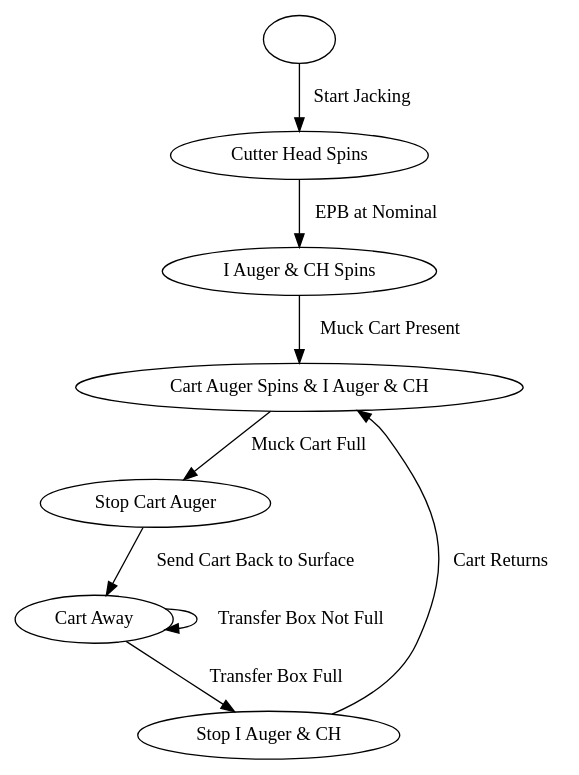
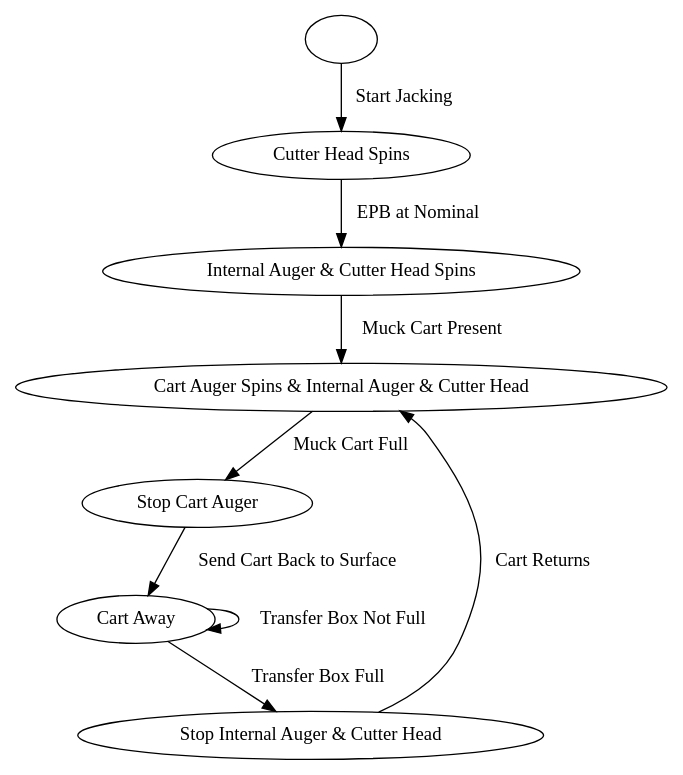
One commit to umdloop/state-machines changed the diagram in tbm_2/excavation/hl_excavation_ops.dot. Above: the diagram before and after it, drawn with Graphviz. The commit also changed other lines of this file, not shown here.

```diff
--- a/tbm_2/excavation/hl_excavation_ops.dot
+++ b/tbm_2/excavation/hl_excavation_ops.dot
@@ -1,17 +1,17 @@
 digraph "Excavation cutterhead-auger ops" {
 	" "
 	A [label="Cutter Head Spins"]
-	B [label="I Auger & CH Spins"]
-	C [label="Cart Auger Spins & I Auger & CH"]
+	B [label="Internal Auger & Cutter Head Spins"]
+	C [label="Cart Auger Spins & Internal Auger & Cutter Head"]
 	D [label="Stop Cart Auger"]
 	E [label="Cart Away"]
-	F [label="Stop I Auger & CH"]
+	F [label="Stop Internal Auger & Cutter Head"]
 	" " -> A [label="Start Jacking"]
 	A -> B [label="EPB at Nominal"]
 	B -> C [label="Muck Cart Present"]
 	C -> D [label="Muck Cart Full"]
 	D -> E [label="Send Cart Back to Surface"]
 	E -> E [label="Transfer Box Not Full"]
 	E -> F [label="Transfer Box Full"]
 	F -> C [label="Cart Returns"]
 }
```
